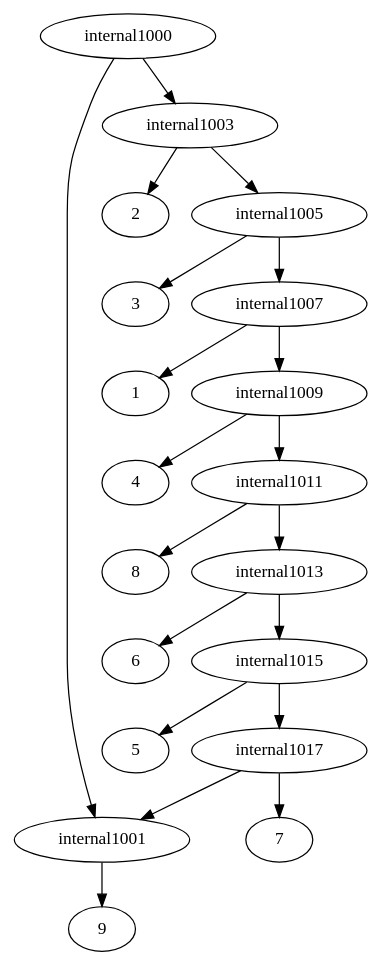
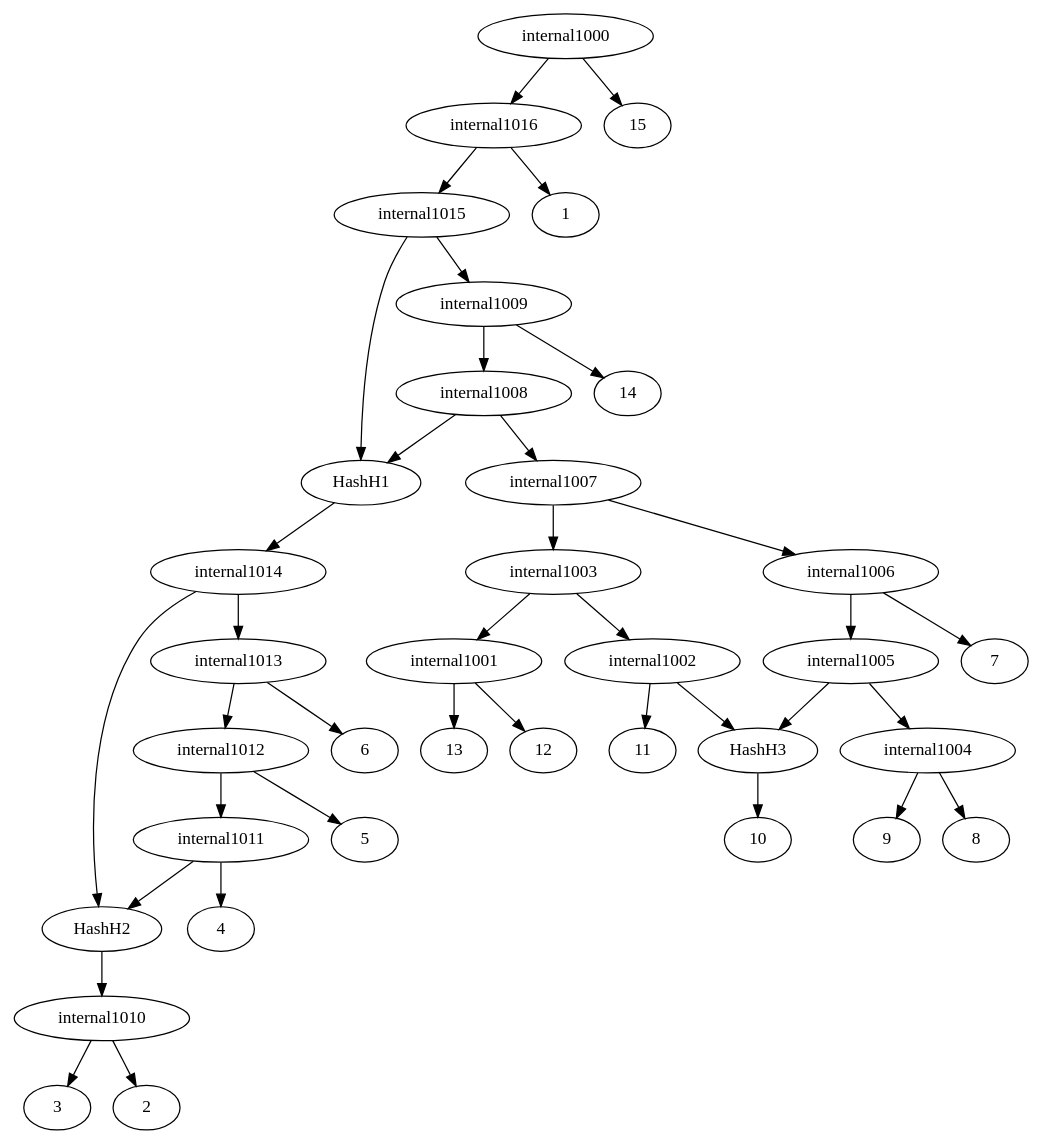
One commit to solislemuslab/phylo-knit changed the diagram in src/Server/upload.dot. Above: the diagram before and after it, drawn with Graphviz. The commit also changed 7 other files, not shown here.

```diff
--- a/src/Server/upload.dot
+++ b/src/Server/upload.dot
@@ -1,22 +1,39 @@
 strict digraph G1 {
-internal1000 -> internal1001
-internal1000 -> internal1003
-internal1001 -> 9
-internal1003 -> 2
-internal1003 -> internal1005
-internal1005 -> 3
-internal1005 -> internal1007
-internal1007 -> 1
-internal1007 -> internal1009
-internal1009 -> 4
-internal1009 -> internal1011
-internal1011 -> 8
-internal1011 -> internal1013
+internal1001 -> 13
+internal1001 -> 12
+internal1002 -> HashH3
+internal1002 -> 11
+internal1003 -> internal1002
+internal1003 -> internal1001
+HashH3 -> 10
+internal1004 -> 9
+internal1004 -> 8
+internal1005 -> internal1004
+internal1005 -> HashH3
+internal1006 -> internal1005
+internal1006 -> 7
+internal1007 -> internal1006
+internal1007 -> internal1003
+internal1008 -> internal1007
+internal1008 -> HashH1
+internal1009 -> internal1008
+internal1009 -> 14
+internal1010 -> 3
+internal1010 -> 2
+HashH2 -> internal1010
+internal1011 -> 4
+internal1011 -> HashH2
+internal1012 -> internal1011
+internal1012 -> 5
+internal1013 -> internal1012
 internal1013 -> 6
-internal1013 -> internal1015
-internal1015 -> 5
-internal1015 -> internal1017
-internal1017 -> 7
-internal1017 -> internal1001
-internal1001 -> 9
+internal1014 -> internal1013
+internal1014 -> HashH2
+HashH1 -> internal1014
+internal1015 -> HashH1
+internal1015 -> internal1009
+internal1016 -> internal1015
+internal1016 -> 1
+internal1000 -> internal1016
+internal1000 -> 15
 }
```
